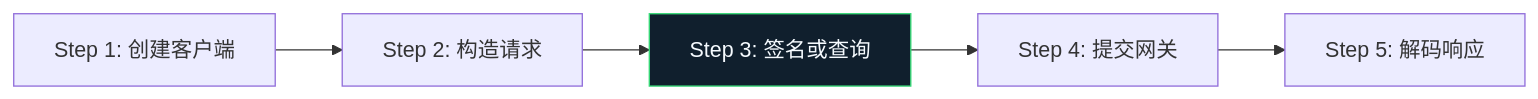
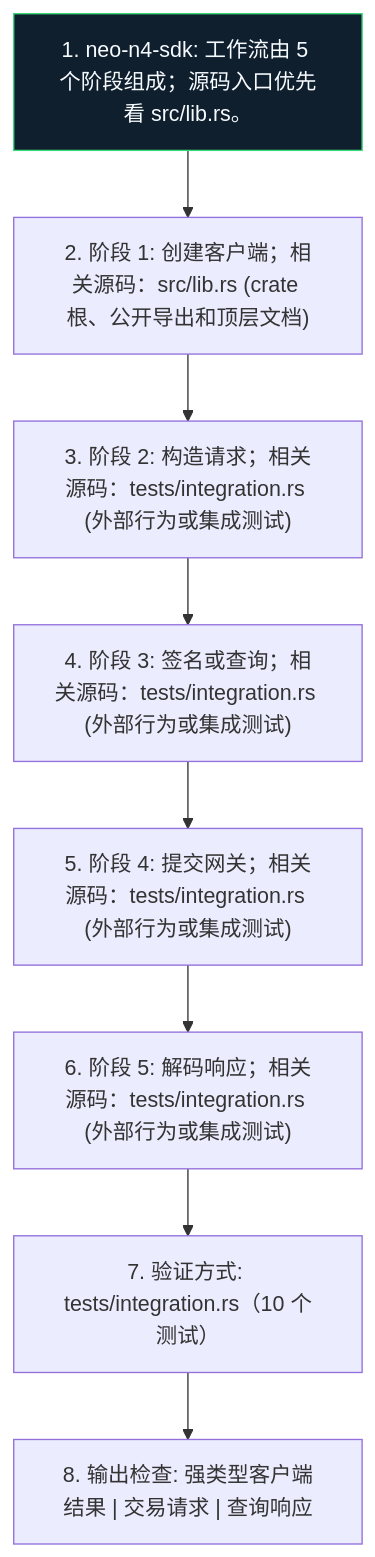
Before and after one commit to r3e-network/neo-n4: the diagram in sdk/rust/docs/figures/workflow.zh.mmd, drawn with Mermaid. The commit also changed 355 other files, not shown here.

Commit message:
Deepen crate diagrams with source-aware atlas

```diff
--- a/sdk/rust/docs/figures/workflow.zh.mmd
+++ b/sdk/rust/docs/figures/workflow.zh.mmd
@@ -1,12 +1,18 @@
-flowchart LR
-    N1["Step 1: 创建客户端"]
-    N2["Step 2: 构造请求"]
-    N3["Step 3: 签名或查询"]
-    N4["Step 4: 提交网关"]
-    N5["Step 5: 解码响应"]
+flowchart TB
+    N1["1. neo-n4-sdk: 工作流由 5 个阶段组成；源码入口优先看 src/lib.rs。"]
+    N2["2. 阶段 1: 创建客户端；相关源码：src/lib.rs (crate 根、公开导出和顶层文档)"]
+    N3["3. 阶段 2: 构造请求；相关源码：tests/integration.rs (外部行为或集成测试)"]
+    N4["4. 阶段 3: 签名或查询；相关源码：tests/integration.rs (外部行为或集成测试)"]
+    N5["5. 阶段 4: 提交网关；相关源码：tests/integration.rs (外部行为或集成测试)"]
+    N6["6. 阶段 5: 解码响应；相关源码：tests/integration.rs (外部行为或集成测试)"]
+    N7["7. 验证方式: tests/integration.rs（10 个测试）"]
+    N8["8. 输出检查: 强类型客户端结果 | 交易请求 | 查询响应"]
     N1 --> N2
     N2 --> N3
     N3 --> N4
     N4 --> N5
+    N5 --> N6
+    N6 --> N7
+    N7 --> N8
     classDef crate fill:#101f2d,stroke:#38d978,color:#f6fbff
-    class N3 crate
+    class N1 crate
```
